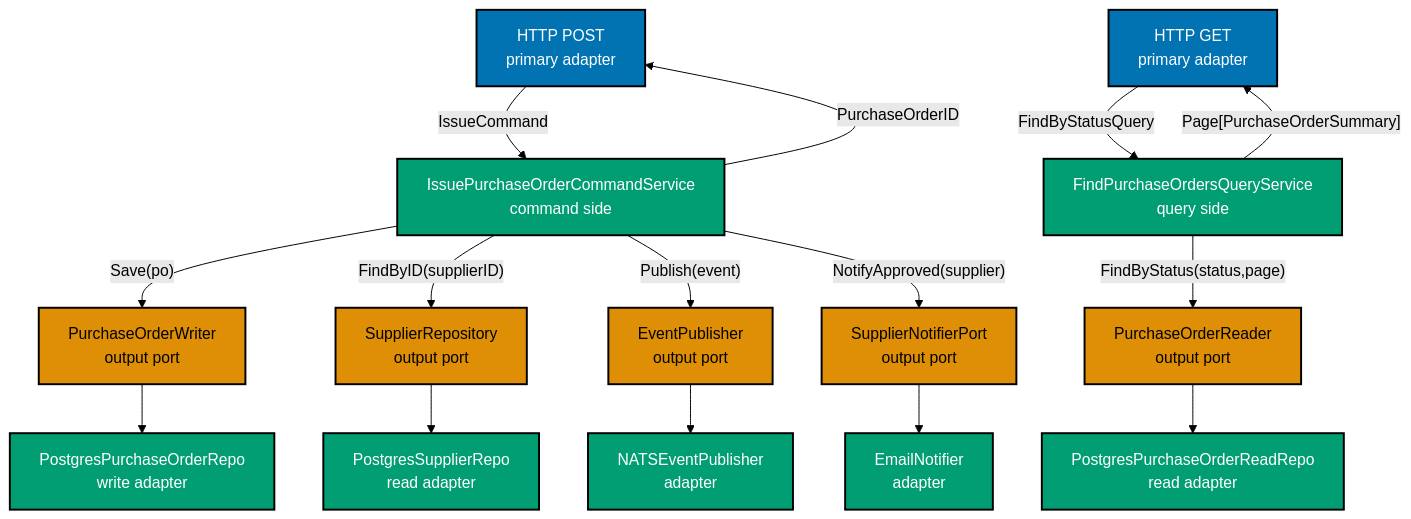
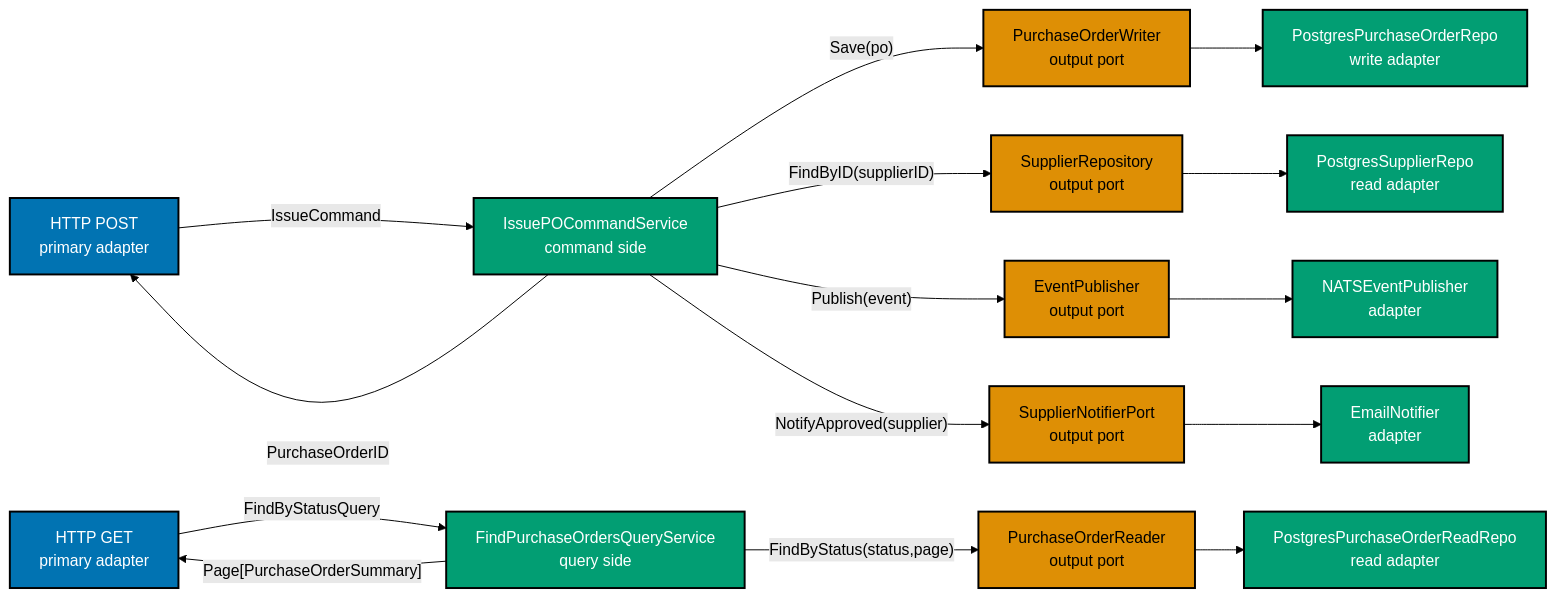
The second of 2 diagrams in apps/ayokoding-www/content/en/learn/software-engineering/software-architecture/hexagonal-architecture/in-procedural-by-example/intermediate.md (wahidyankf/baseerah), drawn with Mermaid (forest theme) before and after one commit. The commit also changed 88 other files, not shown here.

First line of the commit message:
fix(ayokoding-www): resolve pre-existing Mermaid violations, exclude fixtures/plans-done

````diff
--- a/apps/ayokoding-www/content/en/learn/software-engineering/software-architecture/hexagonal-architecture/in-procedural-by-example/intermediate.md
+++ b/apps/ayokoding-www/content/en/learn/software-engineering/software-architecture/hexagonal-architecture/in-procedural-by-example/intermediate.md
@@ -3222,39 +3222,39 @@
 ```mermaid
-flowchart TD
+flowchart LR
     A["HTTP POST<br/>primary adapter"]:::blue
-    B["IssuePurchaseOrderCommandService<br/>command side"]:::teal
+    B["IssuePOCommandService<br/>command side"]:::teal
     C["PurchaseOrderWriter<br/>output port"]:::orange
     D["PostgresPurchaseOrderRepo<br/>write adapter"]:::teal
     E["SupplierRepository<br/>output port"]:::orange
     F["PostgresSupplierRepo<br/>read adapter"]:::teal
     G["EventPublisher<br/>output port"]:::orange
     H["NATSEventPublisher<br/>adapter"]:::teal
 
     I["HTTP GET<br/>primary adapter"]:::blue
     J["FindPurchaseOrdersQueryService<br/>query side"]:::teal
     K["PurchaseOrderReader<br/>output port"]:::orange
     L["PostgresPurchaseOrderReadRepo<br/>read adapter"]:::teal
 
     M["SupplierNotifierPort<br/>output port"]:::orange
     N["EmailNotifier<br/>adapter"]:::teal
 
     A -->|"IssueCommand"| B
     B -->|"Save(po)"| C
     C --> D
     B -->|"FindByID(supplierID)"| E
     E --> F
     B -->|"Publish(event)"| G
     G --> H
     B -->|"NotifyApproved(supplier)"| M
     M --> N
     B -->|"PurchaseOrderID"| A
 
     I -->|"FindByStatusQuery"| J
     J -->|"FindByStatus(status,page)"| K
     K --> L
     J -->|"Page[PurchaseOrderSummary]"| I
 
     classDef blue fill:#0173B2,stroke:#000000,color:#FFFFFF,stroke-width:2px
     classDef teal fill:#029E73,stroke:#000000,color:#FFFFFF,stroke-width:2px
     classDef orange fill:#DE8F05,stroke:#000000,color:#000000,stroke-width:2px
 ```
````
